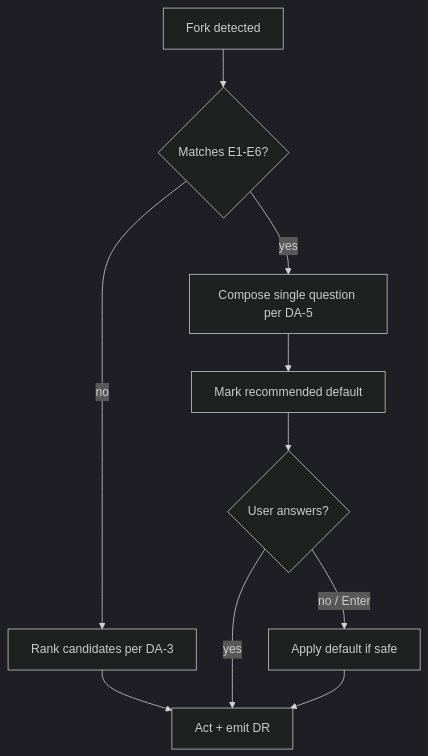
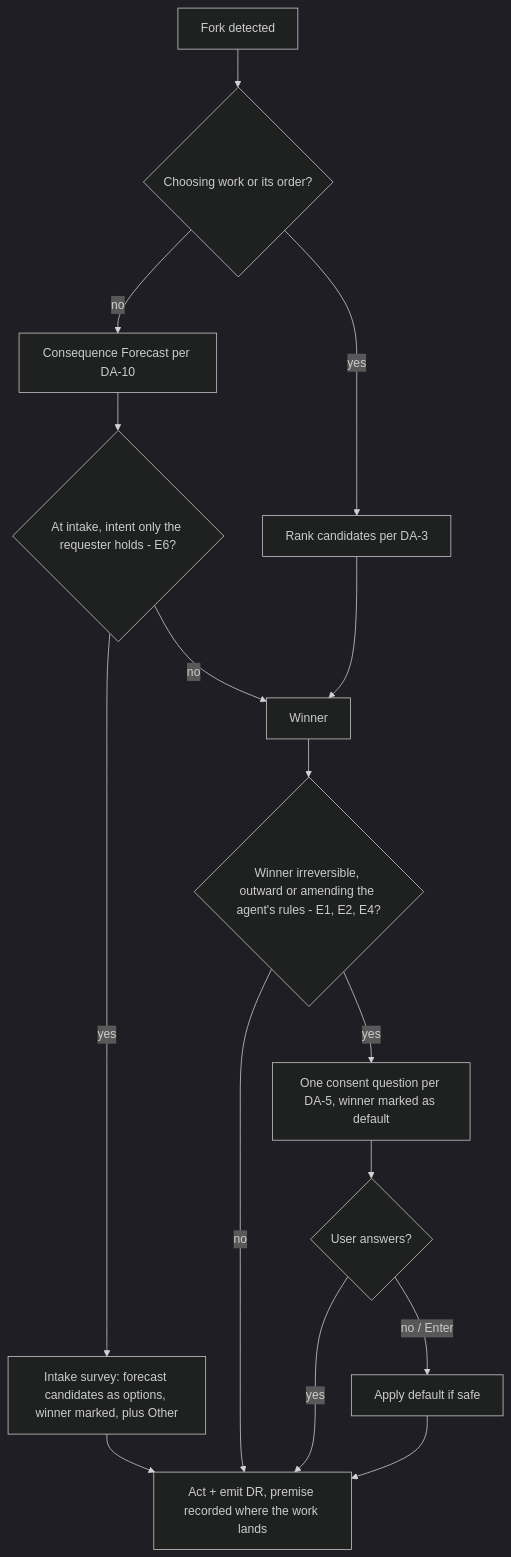
Before and after one commit to teratron/magic-spec: the diagram in .design/engine/specifications/l1-decision-autonomy.md, drawn with Mermaid (dark theme). The commit also changed other lines of this file and 30 other files, not shown here.

````diff
--- a/.design/engine/specifications/l1-decision-autonomy.md
+++ b/.design/engine/specifications/l1-decision-autonomy.md
@@ -134,11 +176,17 @@
 ```mermaid
 graph TD
-    A[Fork detected] --> B{Matches E1-E6?}
-    B -- no --> C[Rank candidates per DA-3]
-    C --> D[Act + emit DR]
-    B -- yes --> E[Compose single question per DA-5]
-    E --> F[Mark recommended default]
-    F --> G{User answers?}
-    G -- yes --> D
-    G -- "no / Enter" --> H[Apply default if safe] --> D
+    A[Fork detected] --> B{Choosing work or its order?}
+    B -- yes --> C[Rank candidates per DA-3]
+    B -- no --> F[Consequence Forecast per DA-10]
+    F --> Q{At intake, intent only the requester holds - E6?}
+    Q -- yes --> S[Intake survey: forecast candidates as options, winner marked, plus Other]
+    S --> D
+    Q -- no --> W[Winner]
+    C --> W
+    W --> G{Winner irreversible, outward or amending the agent's rules - E1, E2, E4?}
+    G -- no --> D[Act + emit DR, premise recorded where the work lands]
+    G -- yes --> E[One consent question per DA-5, winner marked as default]
+    E --> H{User answers?}
+    H -- yes --> D
+    H -- "no / Enter" --> I[Apply default if safe] --> D
 ```
````
